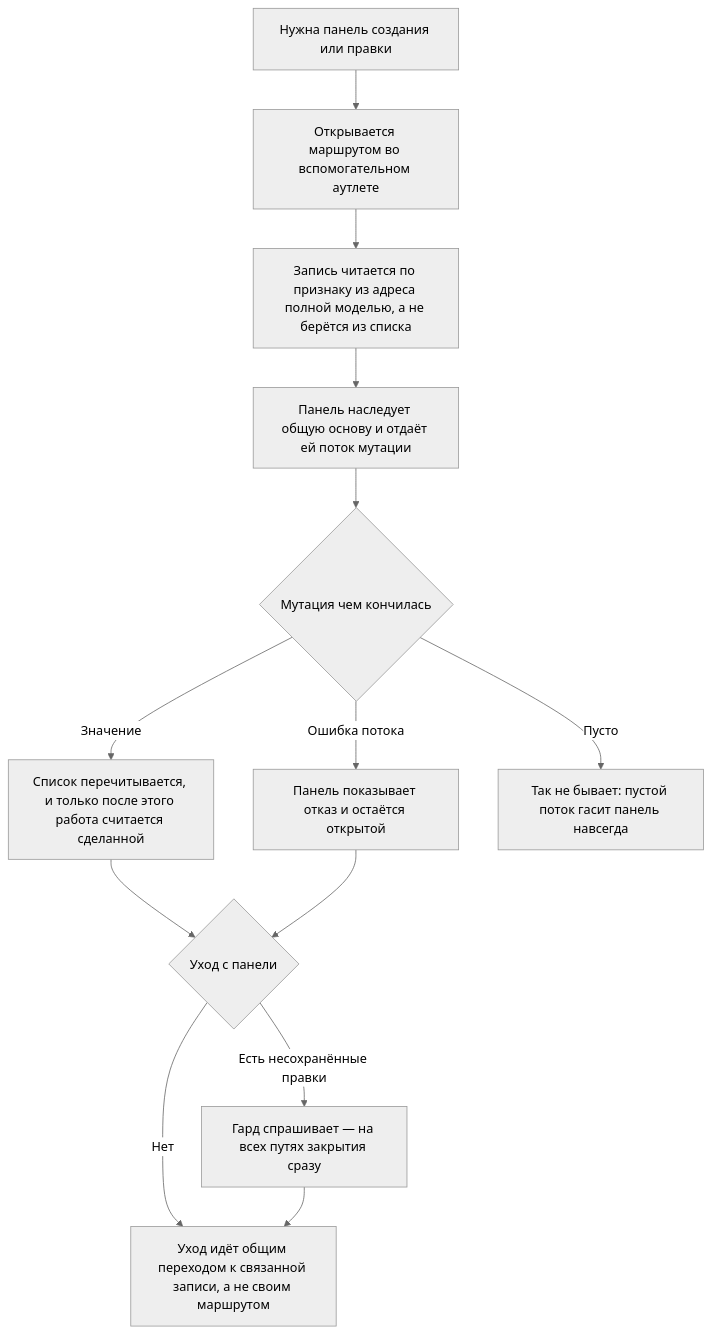
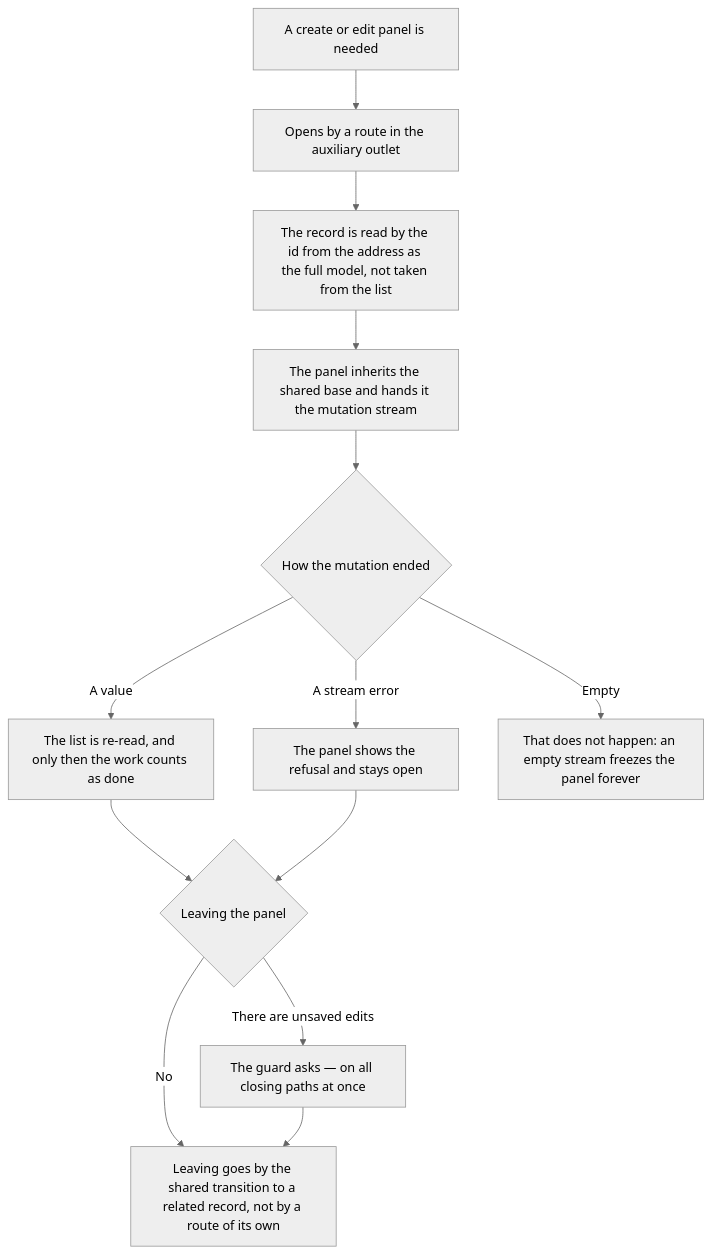
One commit to Eyhenij/rt-tools changed the diagram in .claude/skills/entity-conventions/SKILL.md. Above: the diagram before and after it, drawn with Mermaid (neutral theme). The commit also changed other lines of this file and 71 other files, not shown here.

````diff
--- a/.claude/skills/entity-conventions/SKILL.md
+++ b/.claude/skills/entity-conventions/SKILL.md
@@ -37,15 +37,15 @@
 ```mermaid
 flowchart TD
-    A[Нужна панель создания или правки] --> B[Открывается маршрутом во вспомогательном аутлете]
-    B --> C[Запись читается по признаку из адреса полной моделью, а не берётся из списка]
-    C --> D[Панель наследует общую основу и отдаёт ей поток мутации]
-    D --> E{Мутация чем кончилась}
-    E -->|Значение| F[Список перечитывается, и только после этого работа считается сделанной]
-    E -->|Ошибка потока| G[Панель показывает отказ и остаётся открытой]
-    E -->|Пусто| H[Так не бывает: пустой поток гасит панель навсегда]
-    F --> I{Уход с панели}
+    A[A create or edit panel is needed] --> B[Opens by a route in the auxiliary outlet]
+    B --> C[The record is read by the id from the address as the full model, not taken from the list]
+    C --> D[The panel inherits the shared base and hands it the mutation stream]
+    D --> E{How the mutation ended}
+    E -->|A value| F[The list is re-read, and only then the work counts as done]
+    E -->|A stream error| G[The panel shows the refusal and stays open]
+    E -->|Empty| H[That does not happen: an empty stream freezes the panel forever]
+    F --> I{Leaving the panel}
     G --> I
-    I -->|Есть несохранённые правки| J[Гард спрашивает — на всех путях закрытия сразу]
-    I -->|Нет| K[Уход идёт общим переходом к связанной записи, а не своим маршрутом]
+    I -->|There are unsaved edits| J[The guard asks — on all closing paths at once]
+    I -->|No| K[Leaving goes by the shared transition to a related record, not by a route of its own]
     J --> K
 ```
````
